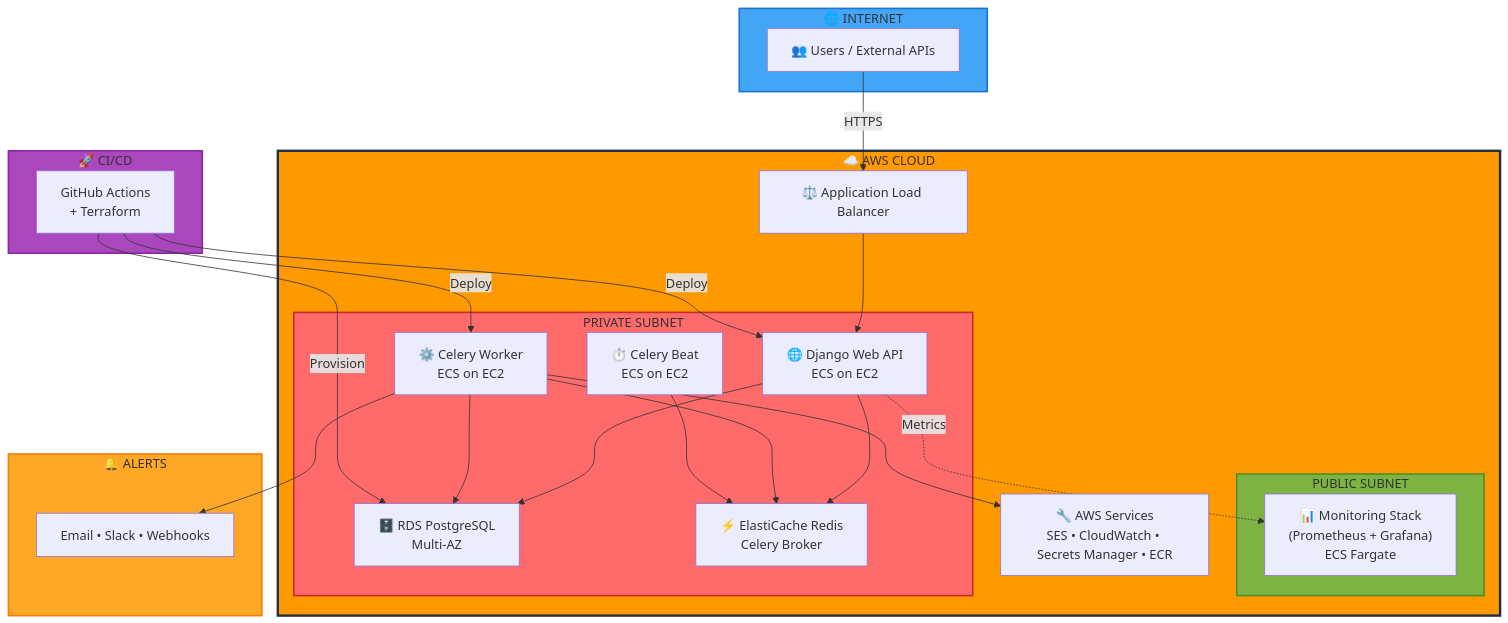
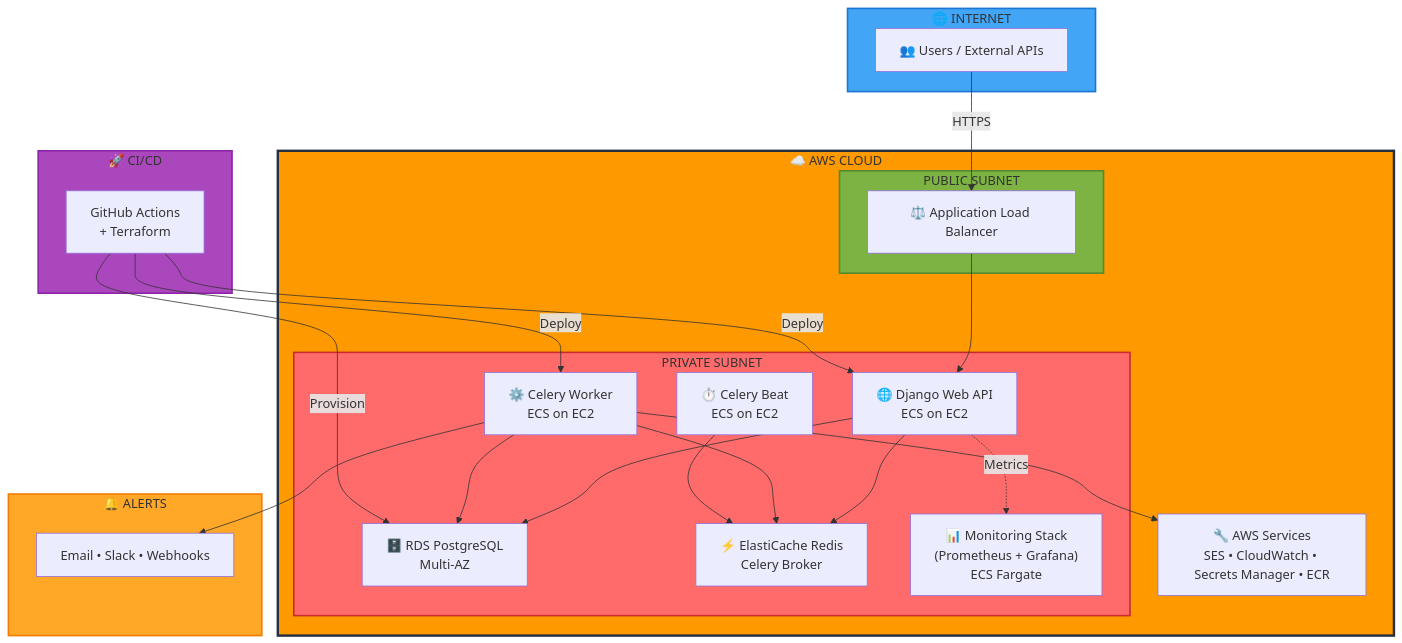
Before and after one commit to Dipec001/uptime-monitor: the diagram in simplified_architecture.mermaid, drawn with Mermaid. The commit also changed 1 other file, not shown here.

Commit message:
`Reverted changes to simplified_architecture.mermaid and restored ALB and Monitoring subgraph in AWS cloud diagram.`

```diff
--- a/simplified_architecture.mermaid
+++ b/simplified_architecture.mermaid
@@ -1,55 +1,55 @@
 graph TB
     subgraph Internet["🌐 INTERNET"]
         Users[👥 Users / External APIs]
     end
 
     subgraph AWS["☁️ AWS CLOUD"]
-        ALB[⚖️ Application Load Balancer]
         
         subgraph PublicSubnet["PUBLIC SUBNET"]
-            Monitoring["📊 Monitoring Stack<br/>(Prometheus + Grafana)<br/>ECS Fargate"]
+            ALB[⚖️ Application Load Balancer]
         end
         
         subgraph PrivateSubnet["PRIVATE SUBNET"]
             WebApp["🌐 Django Web API<br/>ECS on EC2"]
             Worker["⚙️ Celery Worker<br/>ECS on EC2"]
             Beat["⏱️ Celery Beat<br/>ECS on EC2"]
             RDS["🗄️ RDS PostgreSQL<br/>Multi-AZ"]
             Redis["⚡ ElastiCache Redis<br/>Celery Broker"]
+            Monitoring["📊 Monitoring Stack<br/>(Prometheus + Grafana)<br/>ECS Fargate"]
         end
         
         Services["🔧 AWS Services<br/>SES • CloudWatch • Secrets Manager • ECR"]
     end
 
     subgraph CICD["🚀 CI/CD"]
         GitHub["GitHub Actions<br/>+ Terraform"]
     end
 
     subgraph External["🔔 ALERTS"]
         Alerts["Email • Slack • Webhooks"]
     end
 
     Users -->|HTTPS| ALB
     ALB --> WebApp
     
     WebApp --> RDS
     WebApp --> Redis
     Worker --> RDS
     Worker --> Redis
     Beat --> Redis
     
     WebApp -.->|Metrics| Monitoring
     Worker --> Services
     
     GitHub -->|Deploy| WebApp
     GitHub -->|Deploy| Worker
     GitHub -->|Provision| RDS
     
     Worker --> Alerts
     
     style AWS fill:#FF9900,stroke:#232F3E,stroke-width:3px
     style PublicSubnet fill:#7CB342,stroke:#558B2F,stroke-width:2px
     style PrivateSubnet fill:#FF6B6B,stroke:#C92A2A,stroke-width:2px
     style Internet fill:#42A5F5,stroke:#1976D2,stroke-width:2px
     style CICD fill:#AB47BC,stroke:#8E24AA,stroke-width:2px
     style External fill:#FFA726,stroke:#F57C00,stroke-width:2px
```
